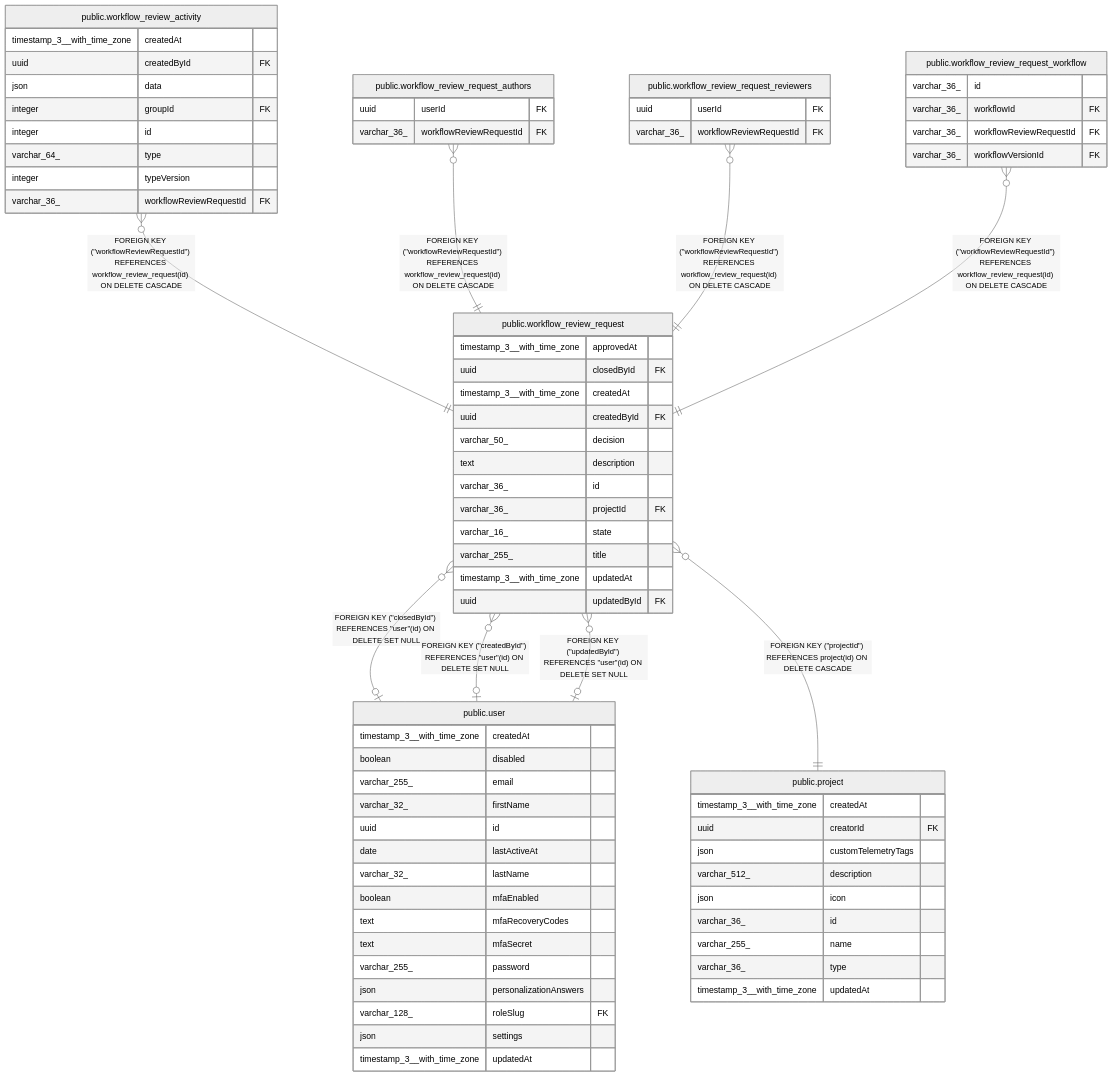
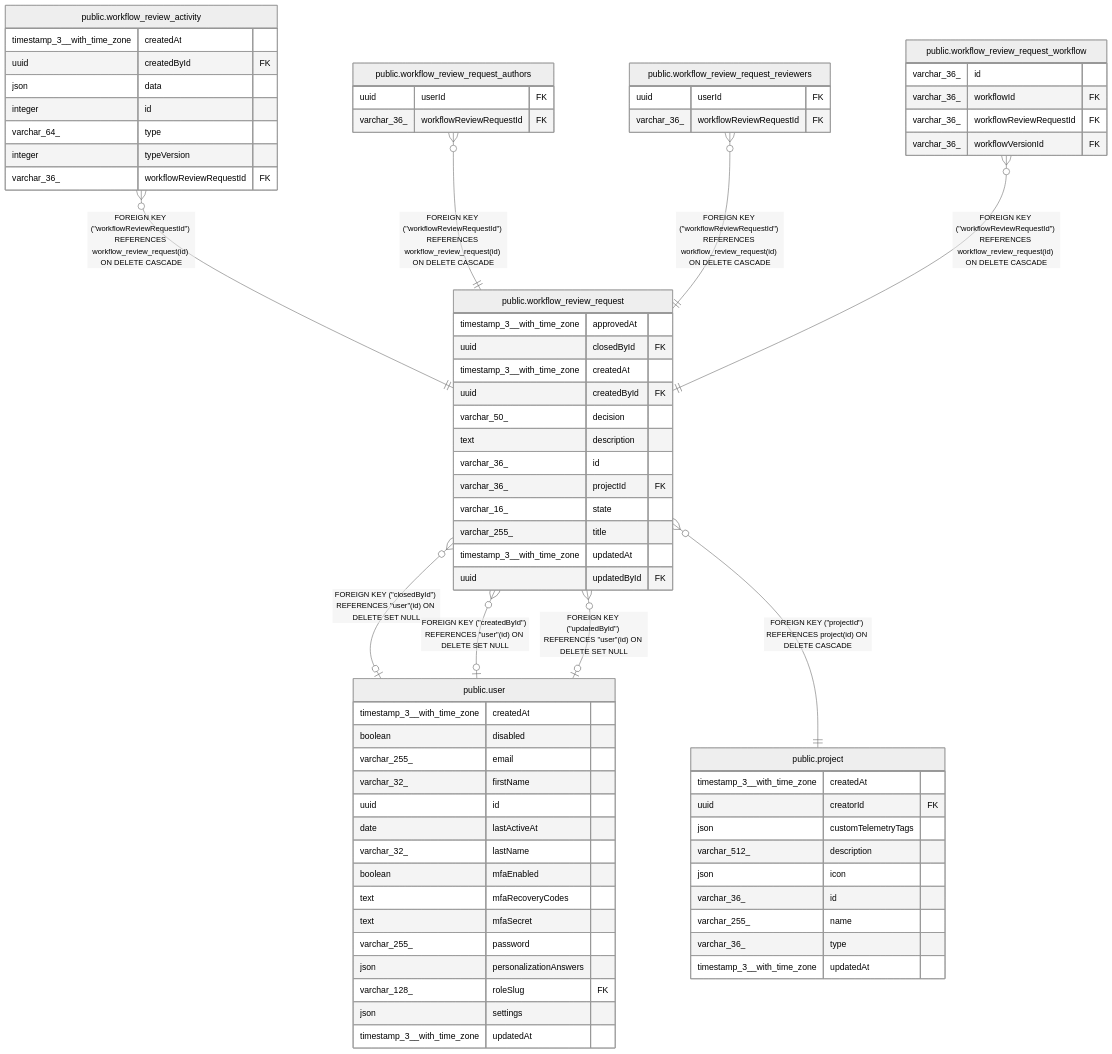
One commit to mayankjain1815-commits/n8n changed the diagram in docs/generated/postgres-schema/public.workflow_review_request.md. Above: the diagram before and after it, drawn with Mermaid (neutral theme). The commit also changed 13 other files, not shown here.

````diff
--- a/docs/generated/postgres-schema/public.workflow_review_request.md
+++ b/docs/generated/postgres-schema/public.workflow_review_request.md
@@ -48,79 +48,78 @@
 ```mermaid
 erDiagram
 
 "public.workflow_review_request" }o--o| "public.user" : "FOREIGN KEY (#quot;closedById#quot;) REFERENCES #quot;user#quot;(id) ON DELETE SET NULL"
 "public.workflow_review_request" }o--o| "public.user" : "FOREIGN KEY (#quot;createdById#quot;) REFERENCES #quot;user#quot;(id) ON DELETE SET NULL"
 "public.workflow_review_activity" }o--|| "public.workflow_review_request" : "FOREIGN KEY (#quot;workflowReviewRequestId#quot;) REFERENCES workflow_review_request(id) ON DELETE CASCADE"
 "public.workflow_review_request_authors" }o--|| "public.workflow_review_request" : "FOREIGN KEY (#quot;workflowReviewRequestId#quot;) REFERENCES workflow_review_request(id) ON DELETE CASCADE"
 "public.workflow_review_request_reviewers" }o--|| "public.workflow_review_request" : "FOREIGN KEY (#quot;workflowReviewRequestId#quot;) REFERENCES workflow_review_request(id) ON DELETE CASCADE"
 "public.workflow_review_request_workflow" }o--|| "public.workflow_review_request" : "FOREIGN KEY (#quot;workflowReviewRequestId#quot;) REFERENCES workflow_review_request(id) ON DELETE CASCADE"
 "public.workflow_review_request" }o--|| "public.project" : "FOREIGN KEY (#quot;projectId#quot;) REFERENCES project(id) ON DELETE CASCADE"
 "public.workflow_review_request" }o--o| "public.user" : "FOREIGN KEY (#quot;updatedById#quot;) REFERENCES #quot;user#quot;(id) ON DELETE SET NULL"
 
 "public.workflow_review_request" {
   timestamp_3__with_time_zone approvedAt
   uuid closedById FK
   timestamp_3__with_time_zone createdAt
   uuid createdById FK
   varchar_50_ decision
   text description
   varchar_36_ id
   varchar_36_ projectId FK
   varchar_16_ state
   varchar_255_ title
   timestamp_3__with_time_zone updatedAt
   uuid updatedById FK
 }
 "public.user" {
   timestamp_3__with_time_zone createdAt
   boolean disabled
   varchar_255_ email
   varchar_32_ firstName
   uuid id
   date lastActiveAt
   varchar_32_ lastName
   boolean mfaEnabled
   text mfaRecoveryCodes
   text mfaSecret
   varchar_255_ password
   json personalizationAnswers
   varchar_128_ roleSlug FK
   json settings
   timestamp_3__with_time_zone updatedAt
 }
 "public.workflow_review_activity" {
   timestamp_3__with_time_zone createdAt
   uuid createdById FK
   json data
-  integer groupId FK
   integer id
   varchar_64_ type
   integer typeVersion
   varchar_36_ workflowReviewRequestId FK
 }
 "public.workflow_review_request_authors" {
   uuid userId FK
   varchar_36_ workflowReviewRequestId FK
 }
 "public.workflow_review_request_reviewers" {
   uuid userId FK
   varchar_36_ workflowReviewRequestId FK
 }
 "public.workflow_review_request_workflow" {
   varchar_36_ id
   varchar_36_ workflowId FK
   varchar_36_ workflowReviewRequestId FK
   varchar_36_ workflowVersionId FK
 }
 "public.project" {
   timestamp_3__with_time_zone createdAt
   uuid creatorId FK
   json customTelemetryTags
   varchar_512_ description
   json icon
   varchar_36_ id
   varchar_255_ name
   varchar_36_ type
   timestamp_3__with_time_zone updatedAt
 }
 ```
````
